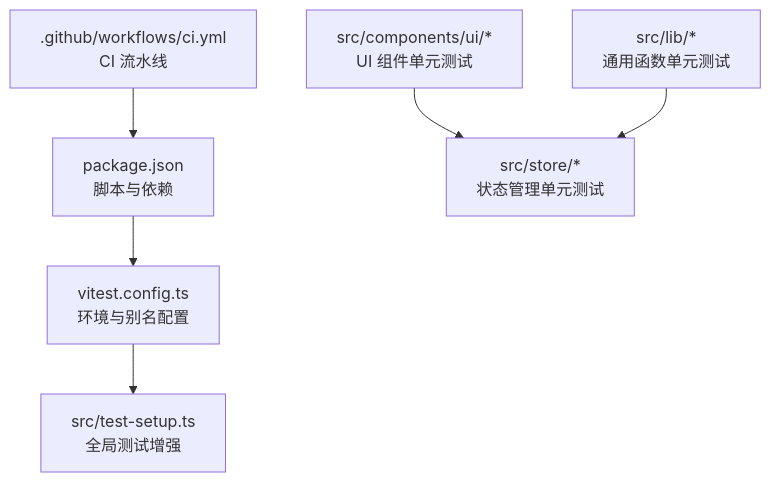
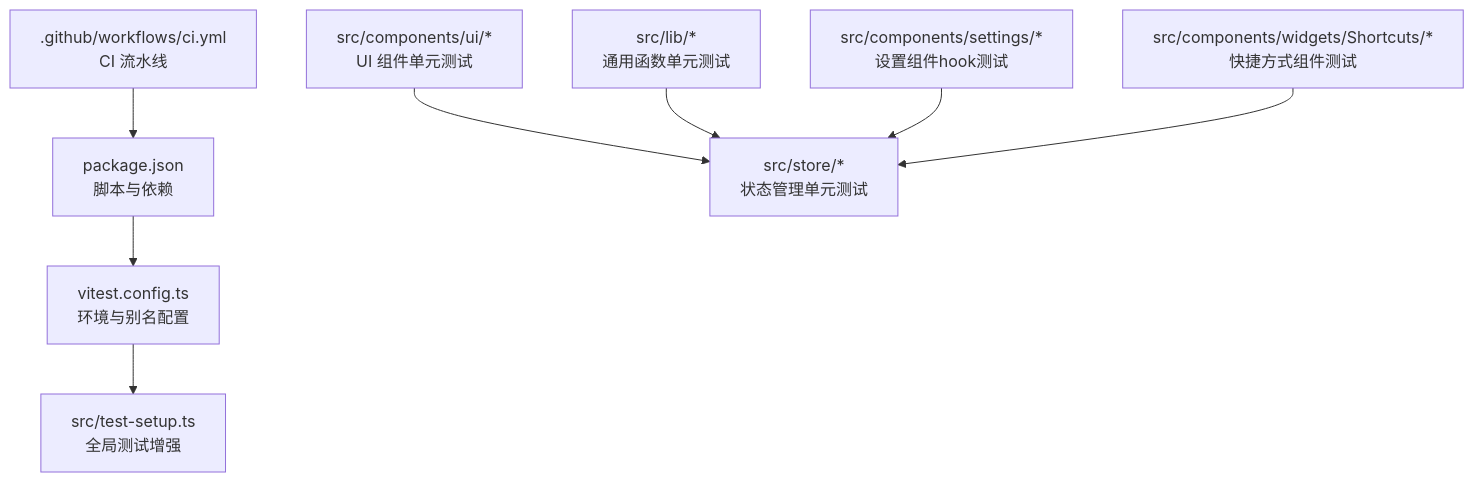
The first of 3 diagrams in .qoder/repowiki/zh/content/测试策略.md (Zy0913/xtab), drawn with Mermaid before and after one commit. The commit also changed other lines of this file and 15 other files, not shown here.

````diff
--- a/.qoder/repowiki/zh/content/测试策略.md
+++ b/.qoder/repowiki/zh/content/测试策略.md
@@ -45,8 +67,10 @@
 ```mermaid
 graph TB
 A["package.json<br/>脚本与依赖"] --> B["vitest.config.ts<br/>环境与别名配置"]
 B --> C["src/test-setup.ts<br/>全局测试增强"]
 D[".github/workflows/ci.yml<br/>CI 流水线"] --> A
 E["src/components/ui/*<br/>UI 组件单元测试"] --> F["src/store/*<br/>状态管理单元测试"]
 G["src/lib/*<br/>通用函数单元测试"] --> F
+H["src/components/settings/*<br/>设置组件hook测试"] --> F
+I["src/components/widgets/Shortcuts/*<br/>快捷方式组件测试"] --> F
 ```
````
